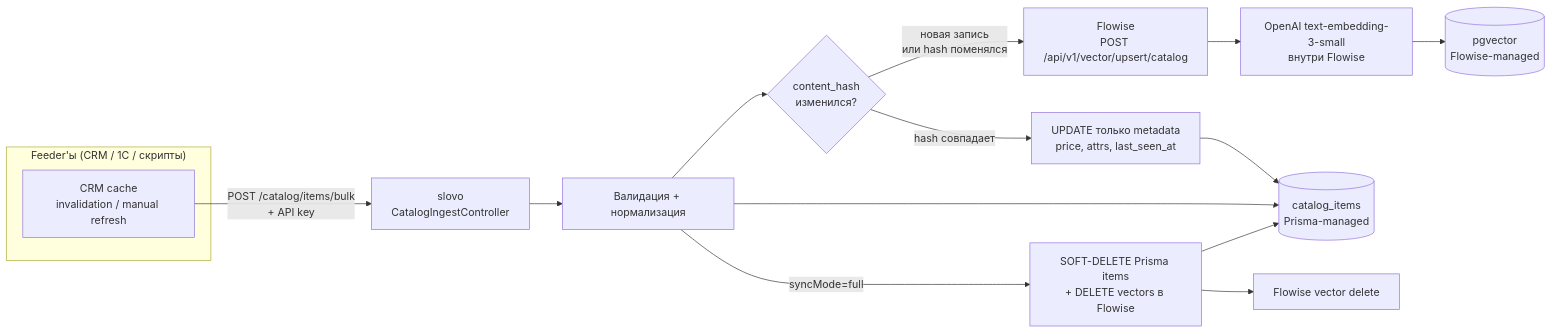
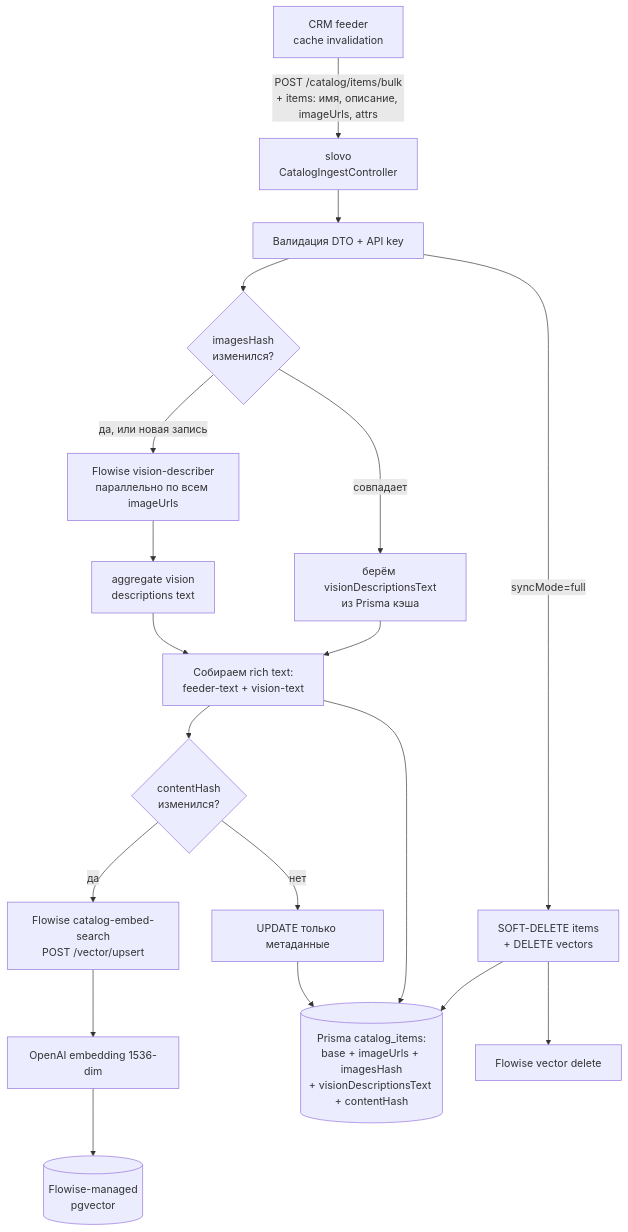
The first of 6 diagrams in docs/features/vision-catalog-search.md (Pelmenya/slovo), drawn with Mermaid before and after one commit. The commit also changed other lines of this file, not shown here.

First line of the commit message:
docs(vision): картинки-массив + vision cache + UX сценарии для фронта

````diff
--- a/docs/features/vision-catalog-search.md
+++ b/docs/features/vision-catalog-search.md
@@ -110,19 +142,25 @@
 ```mermaid
-flowchart LR
-    subgraph external["Feeder'ы (CRM / 1C / скрипты)"]
-        FEEDER[CRM cache<br/>invalidation / manual refresh]
-    end
+flowchart TB
+    FEEDER[CRM feeder<br/>cache invalidation] -->|POST /catalog/items/bulk<br/>+ items: имя, описание, imageUrls, attrs| API[slovo<br/>CatalogIngestController]
+    API --> VALIDATE[Валидация DTO + API key]
 
-    FEEDER -->|POST /catalog/items/bulk<br/>+ API key| API[slovo<br/>CatalogIngestController]
-    API --> PARSE[Валидация + нормализация]
-    PARSE --> DIFF{content_hash<br/>изменился?}
-    DIFF -->|новая запись<br/>или hash поменялся| FWUP[Flowise<br/>POST /api/v1/vector/upsert/catalog]
-    FWUP --> EMBED[OpenAI text-embedding-3-small<br/>внутри Flowise]
-    EMBED --> VSTORE[(pgvector<br/>Flowise-managed)]
-    DIFF -->|hash совпадает| META[UPDATE только metadata<br/>price, attrs, last_seen_at]
-    META --> META_DB[(catalog_items<br/>Prisma-managed)]
-    PARSE --> META_DB
-    PARSE -->|syncMode=full| GC[SOFT-DELETE Prisma items<br/>+ DELETE vectors в Flowise]
+    VALIDATE --> IMGDIFF{imagesHash<br/>изменился?}
+    IMGDIFF -->|да, или новая запись| FWVIS[Flowise vision-describer<br/>параллельно по всем imageUrls]
+    FWVIS --> AGG[aggregate vision<br/>descriptions text]
+    AGG --> RICH[Собираем rich text:<br/>feeder-text + vision-text]
+    IMGDIFF -->|совпадает| CACHE[берём visionDescriptionsText<br/>из Prisma кэша]
+    CACHE --> RICH
+
+    RICH --> CHDIFF{contentHash<br/>изменился?}
+    CHDIFF -->|да| FWUP[Flowise catalog-embed-search<br/>POST /vector/upsert]
+    FWUP --> EMBED[OpenAI embedding 1536-dim]
+    EMBED --> VSTORE[(Flowise-managed<br/>pgvector)]
+    CHDIFF -->|нет| META_ONLY[UPDATE только метаданные]
+
+    RICH --> META_DB[(Prisma catalog_items:<br/>base + imageUrls + imagesHash<br/>+ visionDescriptionsText + contentHash)]
+    META_ONLY --> META_DB
+
+    VALIDATE -->|syncMode=full| GC[SOFT-DELETE items<br/>+ DELETE vectors]
     GC --> META_DB
     GC --> FWDEL[Flowise vector delete]
 ```
````
